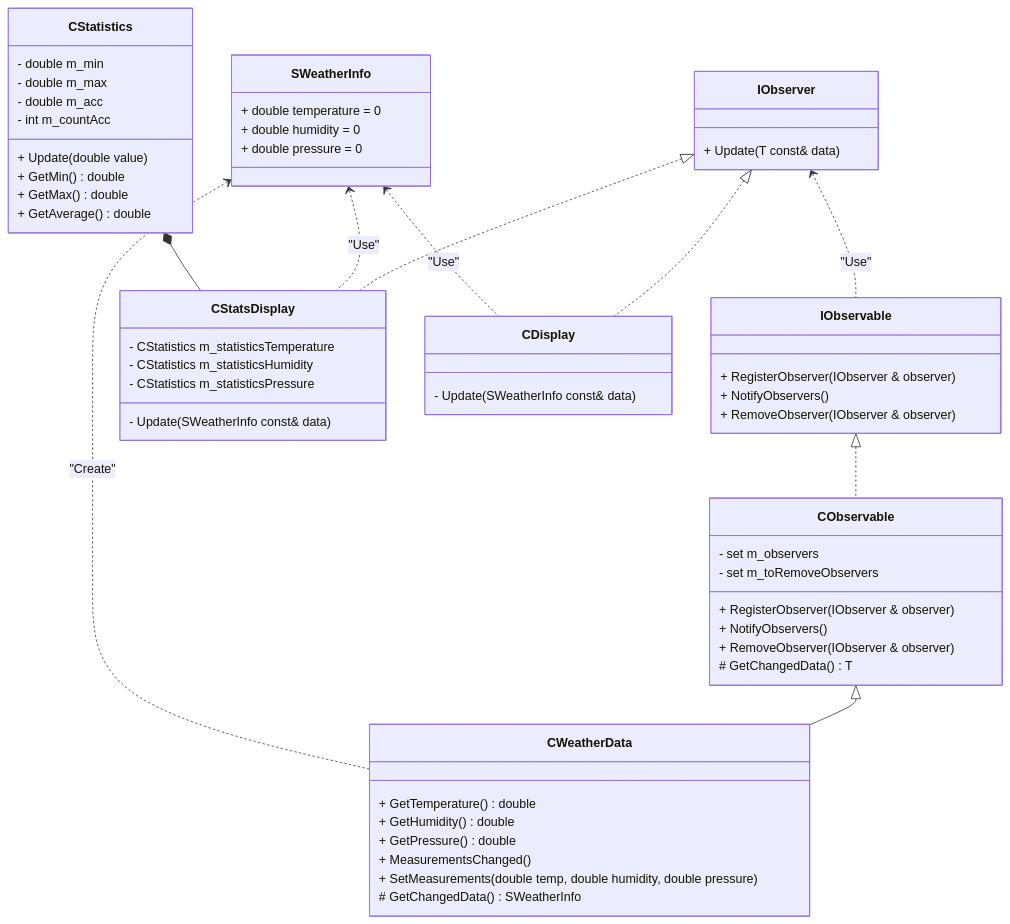
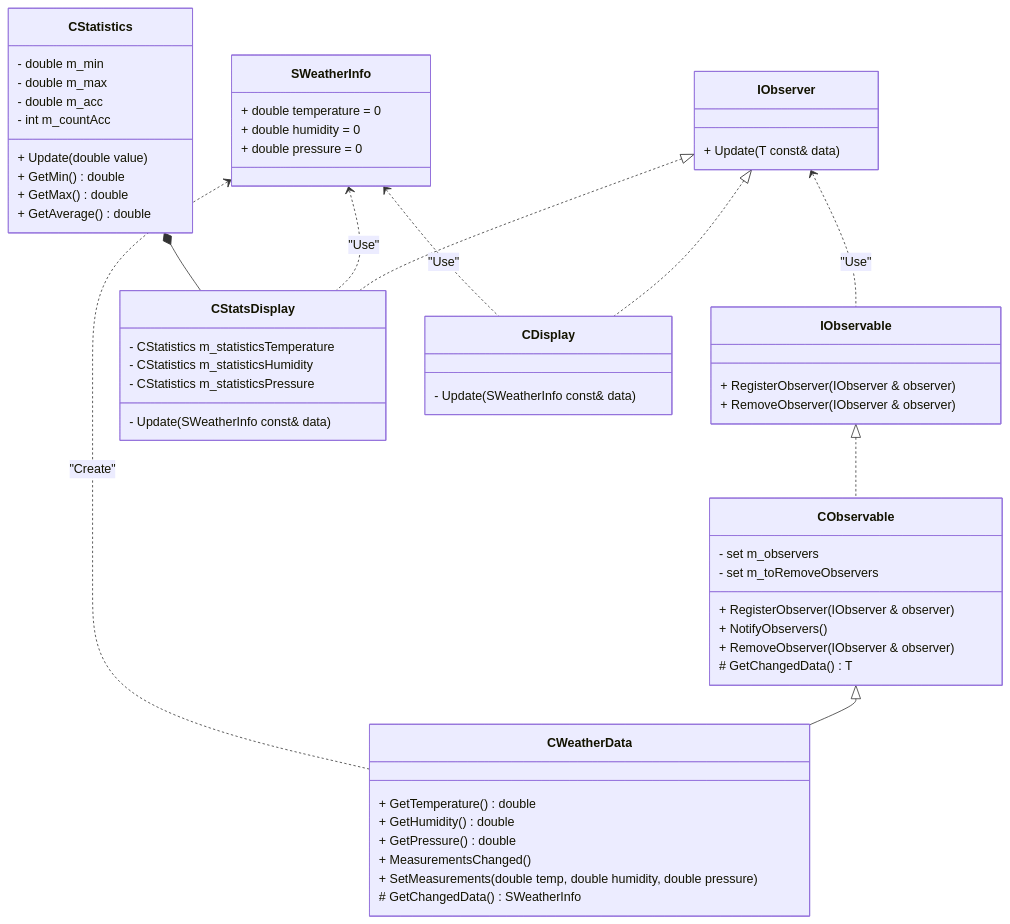
Before and after one commit to 555Jeka555/OOD-labs: the second of 3 diagrams in lab2/1/docs.md, drawn with Mermaid. The commit also changed other lines of this file and 6 other files, not shown here.

Commit message:
`NotifyObservers` убрал из интерфейса

````diff
--- a/lab2/1/docs.md
+++ b/lab2/1/docs.md
@@ -73,73 +72,72 @@
 ```mermaid
 classDiagram
     IObserver <.. IObservable  : "Use"
     IObservable <|.. CObservable 
 
     CObservable <|-- CWeatherData
     SWeatherInfo <.. CWeatherData : "Create"
 
     IObserver <|.. CStatsDisplay
     IObserver <|.. CDisplay
 
     SWeatherInfo <.. CStatsDisplay : "Use"
     SWeatherInfo <.. CDisplay : "Use"
 
     CStatistics *-- CStatsDisplay
 
     class IObserver {
         + Update(T const& data)
     }
 
     class IObservable {
         + RegisterObserver(IObserver<T> & observer)
-        + NotifyObservers()
         + RemoveObserver(IObserver<T> & observer)
     }
 
     class CObservable {
         - set<ObserverType*> m_observers
         - set<ObserverType*> m_toRemoveObservers
         + RegisterObserver(IObserver<T> & observer)
         + NotifyObservers()
         + RemoveObserver(IObserver<T> & observer)
         # GetChangedData() T
     }
 
     class CWeatherData {
         + GetTemperature() double
         + GetHumidity() double
         + GetPressure() double
         + MeasurementsChanged()
         + SetMeasurements(double temp, double humidity, double pressure)
         # GetChangedData() SWeatherInfo
     }
 
     class CDisplay {
         - Update(SWeatherInfo const& data)
     }
 
     class CStatsDisplay {
         - Update(SWeatherInfo const& data)
         - CStatistics m_statisticsTemperature
         - CStatistics m_statisticsHumidity
         - CStatistics m_statisticsPressure
     }
 
     class CStatistics {
         + Update(double value)
         + GetMin() double
         + GetMax() double
         + GetAverage() double
         - double m_min
         - double m_max
         - double m_acc
         - int m_countAcc
     }
 
     class SWeatherInfo {
         + double temperature = 0
         + double humidity = 0
         + double pressure = 0
     }
 
 ```
````
